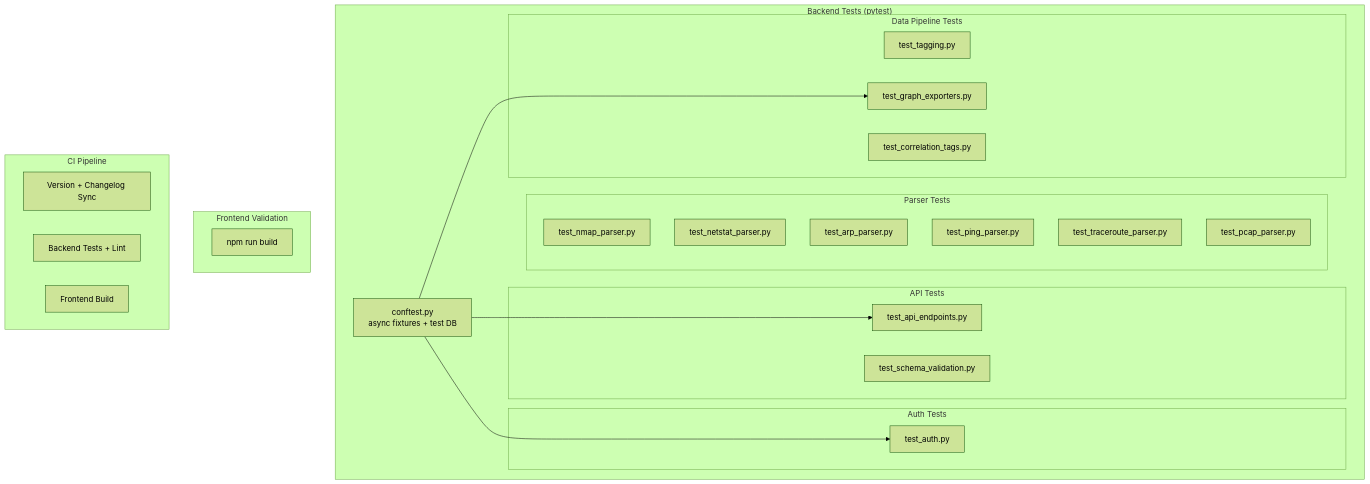
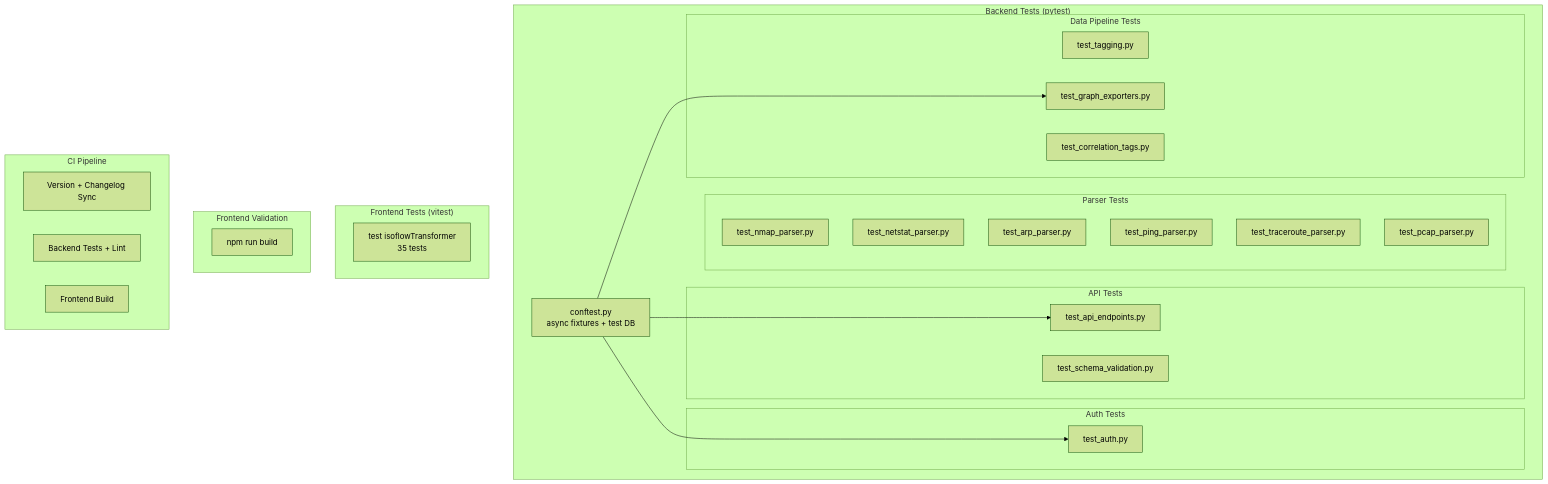
The first of 2 diagrams in docs/testing.md (BadgerOps/grapheon), drawn with Mermaid (forest theme) before and after one commit. The commit also changed other lines of this file and 11 other files, not shown here.

First line of the commit message:
feat: add experimental isoflow isometric network diagram view (v0.9.0)

````diff
--- a/docs/testing.md
+++ b/docs/testing.md
@@ -32,42 +32,46 @@
 ```mermaid
 graph TD
     subgraph "Backend Tests (pytest)"
         CONF[conftest.py<br/>async fixtures + test DB]
 
         subgraph "Parser Tests"
             TN[test_nmap_parser.py]
             TNS[test_netstat_parser.py]
             TA[test_arp_parser.py]
             TP[test_ping_parser.py]
             TT[test_traceroute_parser.py]
             TPC[test_pcap_parser.py]
         end
 
         subgraph "API Tests"
             TAE[test_api_endpoints.py]
             TSV[test_schema_validation.py]
         end
 
         subgraph "Auth Tests"
             TAUTH[test_auth.py]
         end
 
         subgraph "Data Pipeline Tests"
             TTAG[test_tagging.py]
             TCOR[test_correlation_tags.py]
             TGE[test_graph_exporters.py]
         end
     end
 
+    subgraph "Frontend Tests (vitest)"
+        TISO[test isoflowTransformer<br/>35 tests]
+    end
+
     subgraph "Frontend Validation"
         BUILD[npm run build]
     end
 
     subgraph "CI Pipeline"
         CI_VER[Version + Changelog Sync]
         CI_BE[Backend Tests + Lint]
         CI_FE[Frontend Build]
     end
 
     CONF --> TAE & TAUTH & TGE
 ```
````
